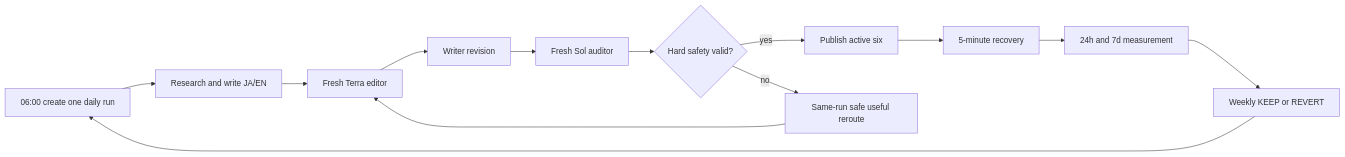
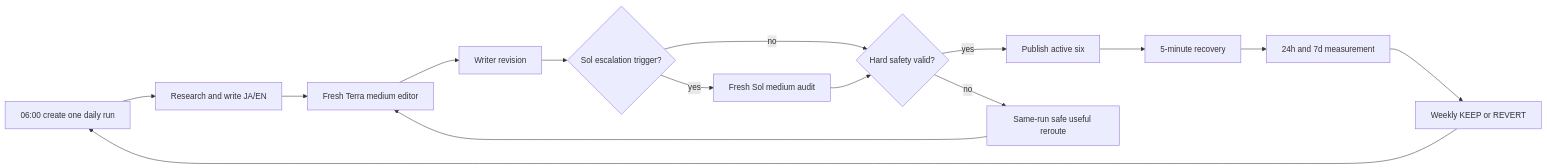
One commit to Daisuke134/anicca changed the first of 2 diagrams in docs/writer-agent/WRITER-AGENT-SSOT.md. Above: the diagram before and after it, drawn with Mermaid. The commit also changed other lines of this file, not shown here.

Commit message:
docs(writer): route daily reviews through Terra

````diff
--- a/docs/writer-agent/WRITER-AGENT-SSOT.md
+++ b/docs/writer-agent/WRITER-AGENT-SSOT.md
@@ -669,15 +669,17 @@
 ```mermaid
 flowchart LR
   A[06:00 create one daily run] --> B[Research and write JA/EN]
-  B --> C[Fresh Terra editor]
+  B --> C[Fresh Terra medium editor]
   C --> D[Writer revision]
-  D --> E[Fresh Sol auditor]
-  E --> F{Hard safety valid?}
+  D --> E{Sol escalation trigger?}
+  E -- no --> F{Hard safety valid?}
+  E -- yes --> S[Fresh Sol medium audit]
+  S --> F
   F -- yes --> G[Publish active six]
   F -- no --> H[Same-run safe useful reroute]
   H --> C
   G --> I[5-minute recovery]
   I --> J[24h and 7d measurement]
   J --> K[Weekly KEEP or REVERT]
   K --> A
 ```
````
